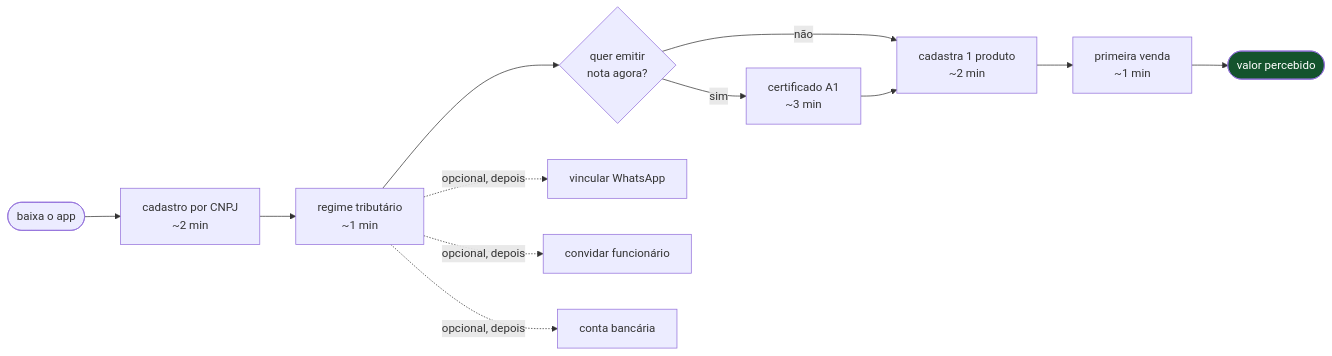
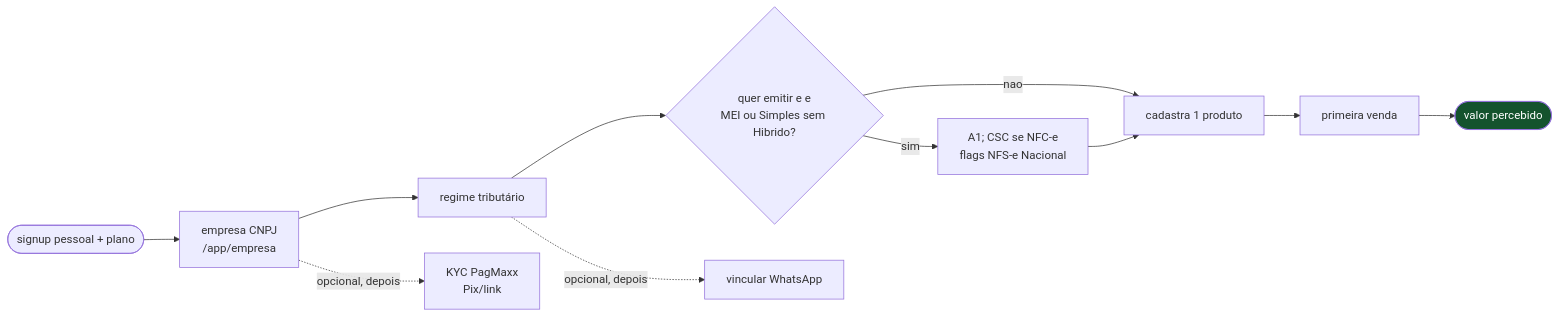
One commit to glevi2004/na-regua changed the sixth of 6 diagrams in docs/arquitetura/fluxos.md. Above: the diagram before and after it, drawn with Mermaid. The commit also changed other lines of this file and 73 other files, not shown here.

First line of the commit message:
feat(db): materializar schema enxuto com rls e satelites de integracao

````diff
--- a/docs/arquitetura/fluxos.md
+++ b/docs/arquitetura/fluxos.md
@@ -303,17 +269,16 @@
 ```mermaid
 flowchart LR
-    A([baixa o app]) --> B[cadastro por CNPJ<br/>~2 min]
-    B --> C[regime tributário<br/>~1 min]
-    C --> D{quer emitir<br/>nota agora?}
-    D -->|não| F
-    D -->|sim| E[certificado A1<br/>~3 min]
-    E --> F[cadastra 1 produto<br/>~2 min]
-    F --> G[primeira venda<br/>~1 min]
+    A([signup pessoal + plano]) --> B[empresa CNPJ<br/>/app/empresa]
+    B --> C[regime tributário]
+    C --> D{quer emitir e e<br/>MEI ou Simples sem Hibrido?}
+    D -->|nao| F
+    D -->|sim| E[A1; CSC se NFC-e<br/>flags NFS-e Nacional]
+    E --> F[cadastra 1 produto]
+    F --> G[primeira venda]
     G --> H([valor percebido])
 
     C -.->|opcional, depois| I[vincular WhatsApp]
-    C -.->|opcional, depois| J[convidar funcionário]
-    C -.->|opcional, depois| K[conta bancária]
+    B -.->|opcional, depois| K[KYC PagMaxx<br/>Pix/link]
 
     style H fill:#14532d,color:#fff
 ```
````
